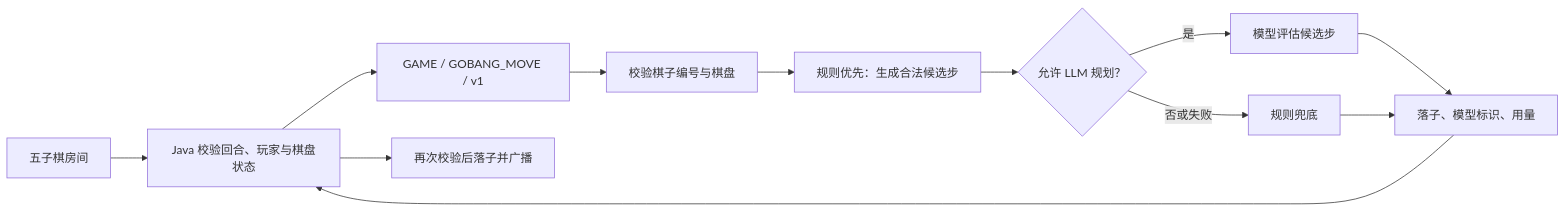
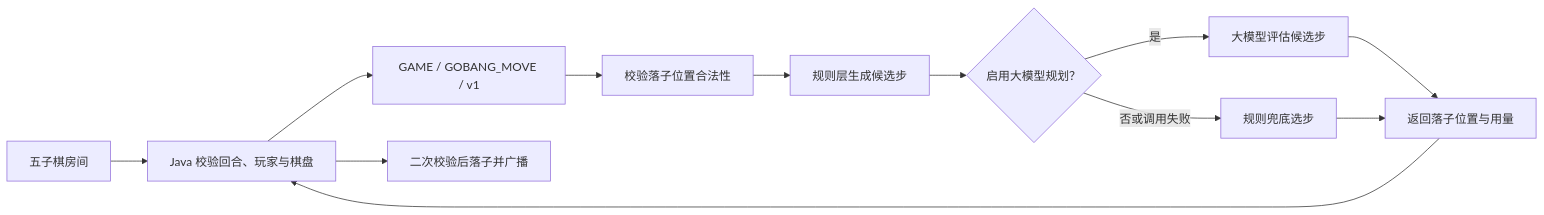
Before and after one commit to pluchon/mengmeng_forum: diagram 12 of 19 in README.md, drawn with Mermaid. The commit also changed other lines of this file, not shown here.

````diff
--- a/README.md
+++ b/README.md
@@ -270,14 +293,14 @@
 ```mermaid
 flowchart LR
-  ROOM["五子棋房间"] --> J["Java 校验回合、玩家与棋盘状态"]
+  ROOM["五子棋房间"] --> J["Java 校验回合、玩家与棋盘"]
   J --> G["GAME / GOBANG_MOVE / v1"]
-  G --> VALID["校验棋子编号与棋盘"]
-  VALID --> RULE["规则优先：生成合法候选步"]
-  RULE --> LLM{"允许 LLM 规划？"}
-  LLM -->|是| PLAN["模型评估候选步"]
-  LLM -->|否或失败| FALLBACK["规则兜底"]
-  PLAN --> MOVE["落子、模型标识、用量"]
+  G --> VALID["校验落子位置合法性"]
+  VALID --> RULE["规则层生成候选步"]
+  RULE --> DEC{"启用大模型规划？"}
+  DEC -->|是| PLAN["大模型评估候选步"]
+  DEC -->|否或调用失败| FALLBACK["规则兜底选步"]
+  PLAN --> MOVE["返回落子位置与用量"]
   FALLBACK --> MOVE
   MOVE --> J
-  J --> APPLY["再次校验后落子并广播"]
+  J --> APPLY["二次校验后落子并广播"]
 ```
````
